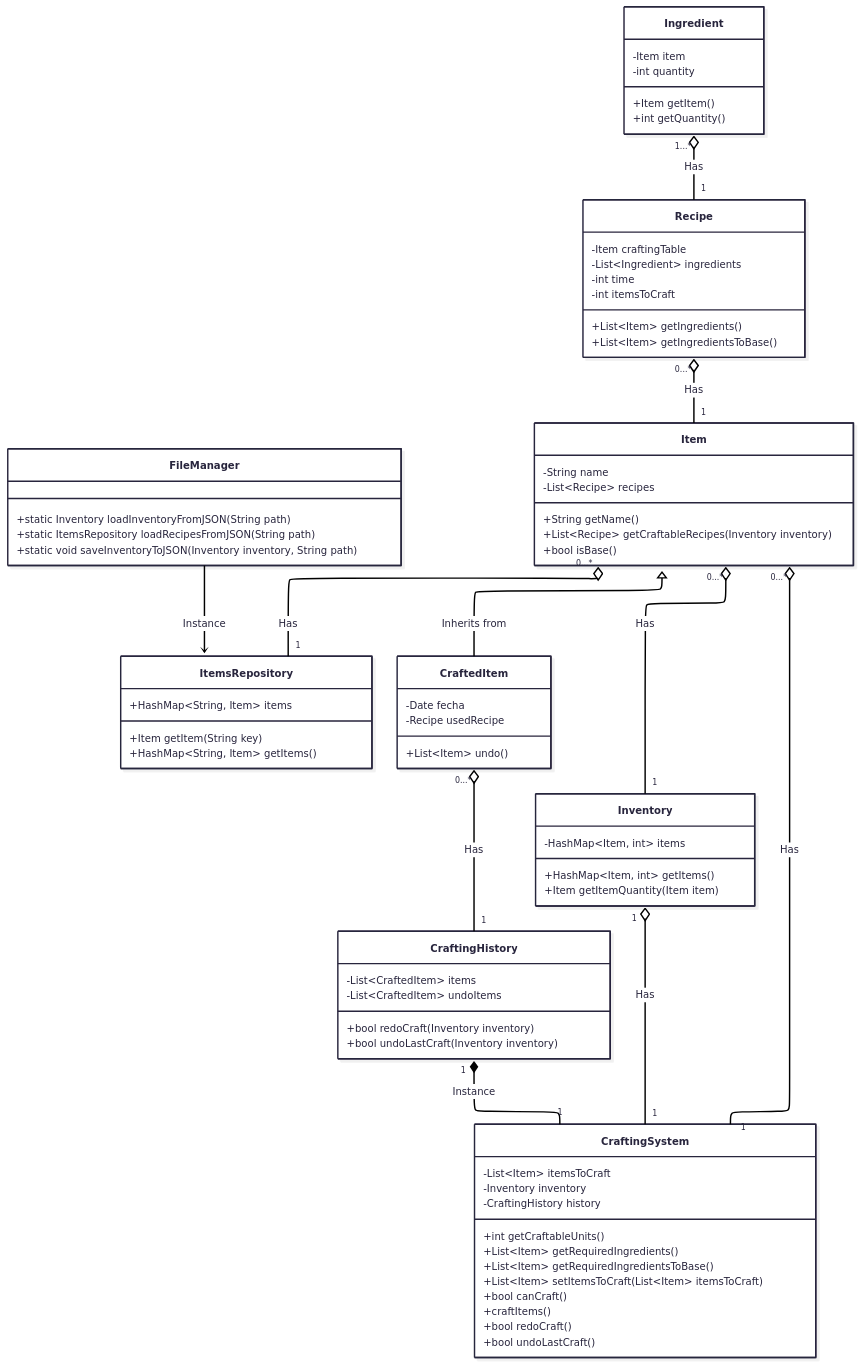
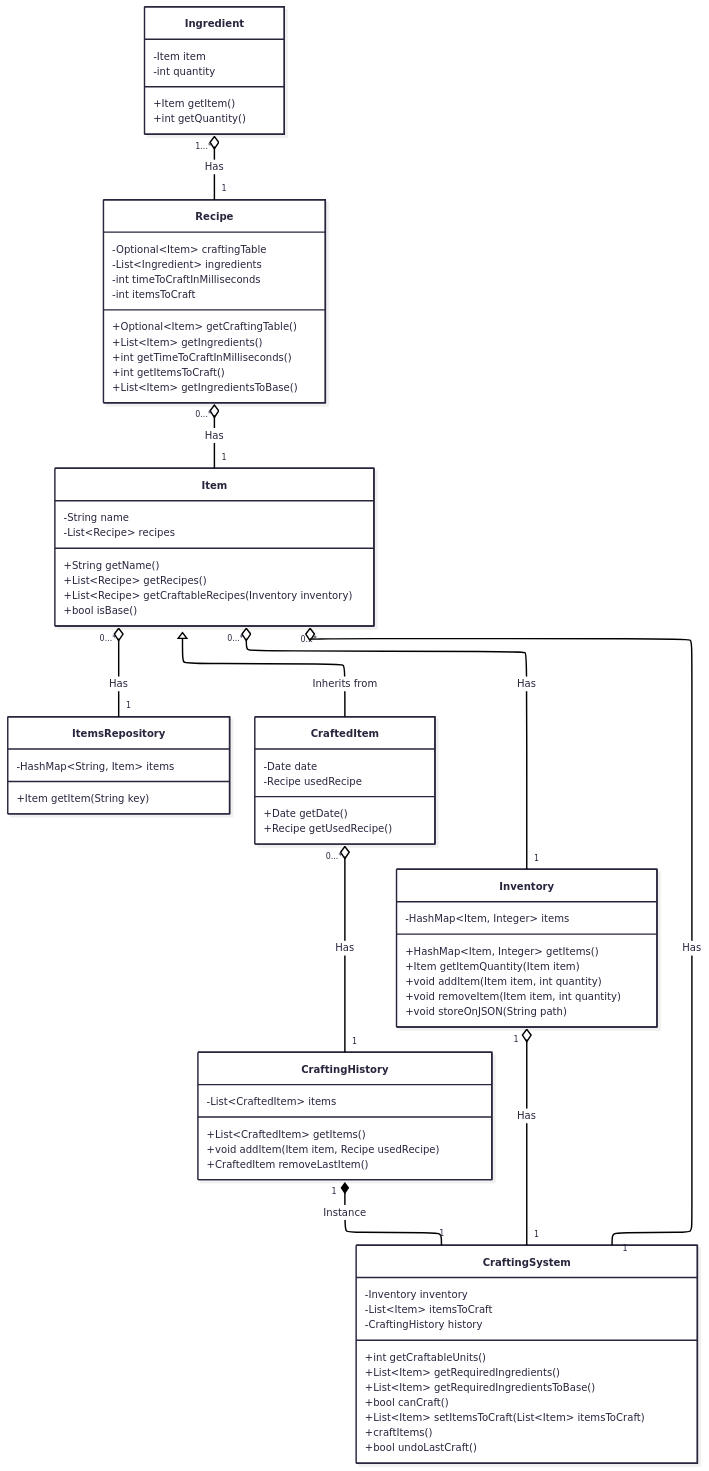
Before and after one commit to hozlucas28/Java-Practical-Work-2025: the first of 2 diagrams in README.md, drawn with Mermaid. The commit also changed other lines of this file, not shown here.

```diff
--- a/README.md
+++ b/README.md
@@ -65,17 +104,10 @@
 classDiagram
 direction TB
 
-    class FileManager {
-	    +static Inventory loadInventoryFromJSON(String path)
-	    +static ItemsRepository loadRecipesFromJSON(String path)
-	    +static void saveInventoryToJSON(Inventory inventory, String path)
-    }
-
     class ItemsRepository {
-	    +HashMap~String, Item~ items
+	    -HashMap~String, Item~ items
 
 	    +Item getItem(String key)
-	    +HashMap~String, Item~ getItems()
     }
 
     class Item {
@@ -83,32 +115,40 @@
 	    -List~Recipe~ recipes
 
 	    +String getName()
+	    +List~Recipe~ getRecipes()
 	    +List~Recipe~ getCraftableRecipes(Inventory inventory)
 	    +bool isBase()
     }
 
     class Recipe {
-	    -Item craftingTable
+	    -Optional~Item~ craftingTable
 	    -List~Ingredient~ ingredients
-	    -int time
+	    -int timeToCraftInMilliseconds
 	    -int itemsToCraft
 
+	    +Optional~Item~ getCraftingTable()
 	    +List~Item~ getIngredients()
+	    +int getTimeToCraftInMilliseconds()
+	    +int getItemsToCraft()
 	    +List~Item~ getIngredientsToBase()
     }
 
     class Inventory {
-        -HashMap~Item, int~ items
+        -HashMap~Item, Integer~ items
 
-	    +HashMap~Item, int~ getItems()
+	    +HashMap~Item, Integer~ getItems()
 	    +Item getItemQuantity(Item item)
+	    +void addItem(Item item, int quantity)
+	    +void removeItem(Item item, int quantity)
+        +void storeOnJSON(String path)
     }
 
     class CraftedItem {
-	    -Date fecha
+	    -Date date
 	    -Recipe usedRecipe
 
-	    +List~Item~ undo()
+	    +Date getDate()
+	    +Recipe getUsedRecipe()
     }
 
     class Ingredient {
@@ -120,29 +160,27 @@
     }
 
     class CraftingSystem {
+	    -Inventory inventory
 	    -List~Item~ itemsToCraft
-	    -Inventory inventory
 	    -CraftingHistory history
 
 	    +int getCraftableUnits()
 	    +List~Item~ getRequiredIngredients()
 	    +List~Item~ getRequiredIngredientsToBase()
+	    +bool canCraft()
 	    +List~Item~ setItemsToCraft(List~Item~ itemsToCraft)
-	    +bool canCraft()
 	    +craftItems()
-	    +bool redoCraft()
 	    +bool undoLastCraft()
     }
 
     class CraftingHistory {
 	    -List~CraftedItem~ items
-	    -List~CraftedItem~ undoItems
 
-	    +bool redoCraft(Inventory inventory)
-	    +bool undoLastCraft(Inventory inventory)
+        +List~CraftedItem~ getItems()
+	    +void addItem(Item item, Recipe usedRecipe)
+	    +CraftedItem removeLastItem()
     }
 
-    FileManager --> ItemsRepository : Instance
     Item "0...*" o-- "1" ItemsRepository : Has
 
     Recipe "0...*" o-- "1" Item : Has
```
